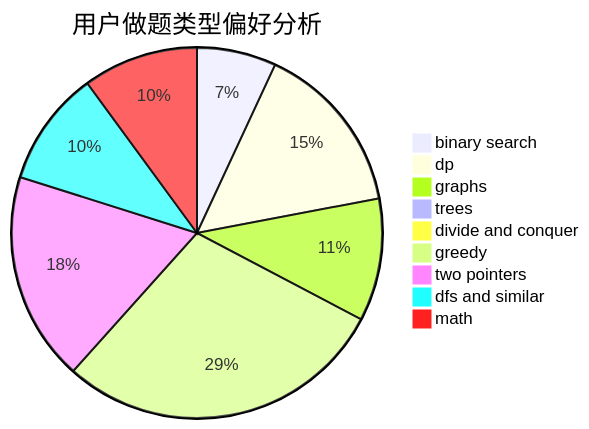
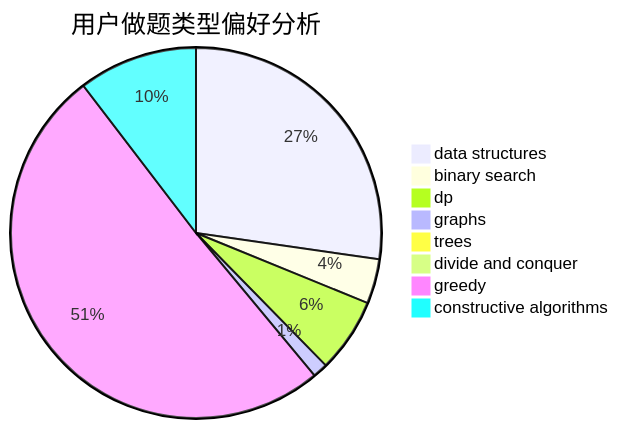
One commit to sherpahu/cfrs.github.io changed the second of 3 diagrams in docs/user/u1191.md. Above: the diagram before and after it, drawn with Mermaid. The commit also changed other lines of this file and 2775 other files, not shown here.

````diff
--- a/docs/user/u1191.md
+++ b/docs/user/u1191.md
@@ -23,12 +23,11 @@
 ```mermaid
 pie title 用户做题类型偏好分析
-    "binary search" :  11
-    "dp" :  24
-    "graphs" :  17
+    "data structures" :  21
+    "binary search" :  3
+    "dp" :  5
+    "graphs" :  1
     "trees" :  0
     "divide and conquer" :  0
-    "greedy" :  46
-    "two pointers" :  29
-    "dfs and similar" :  16
-    "math" :  16
+    "greedy" :  39
+    "constructive algorithms" :  8
 ```
````
